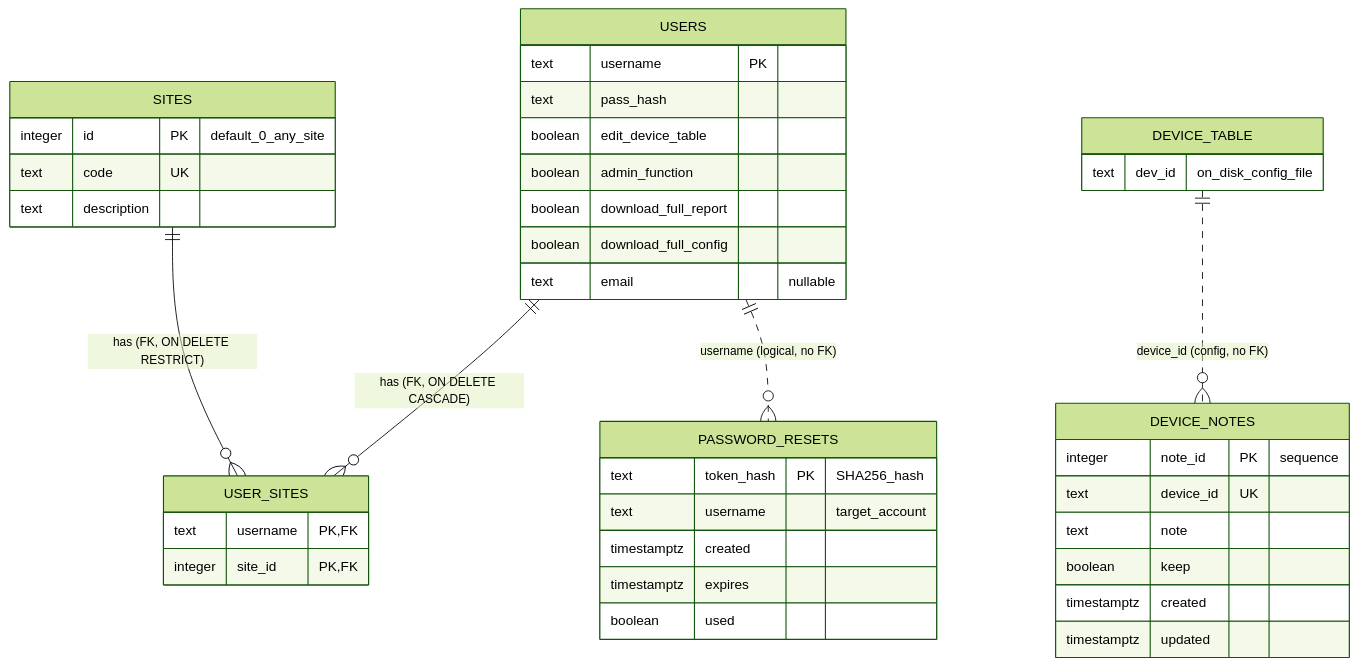
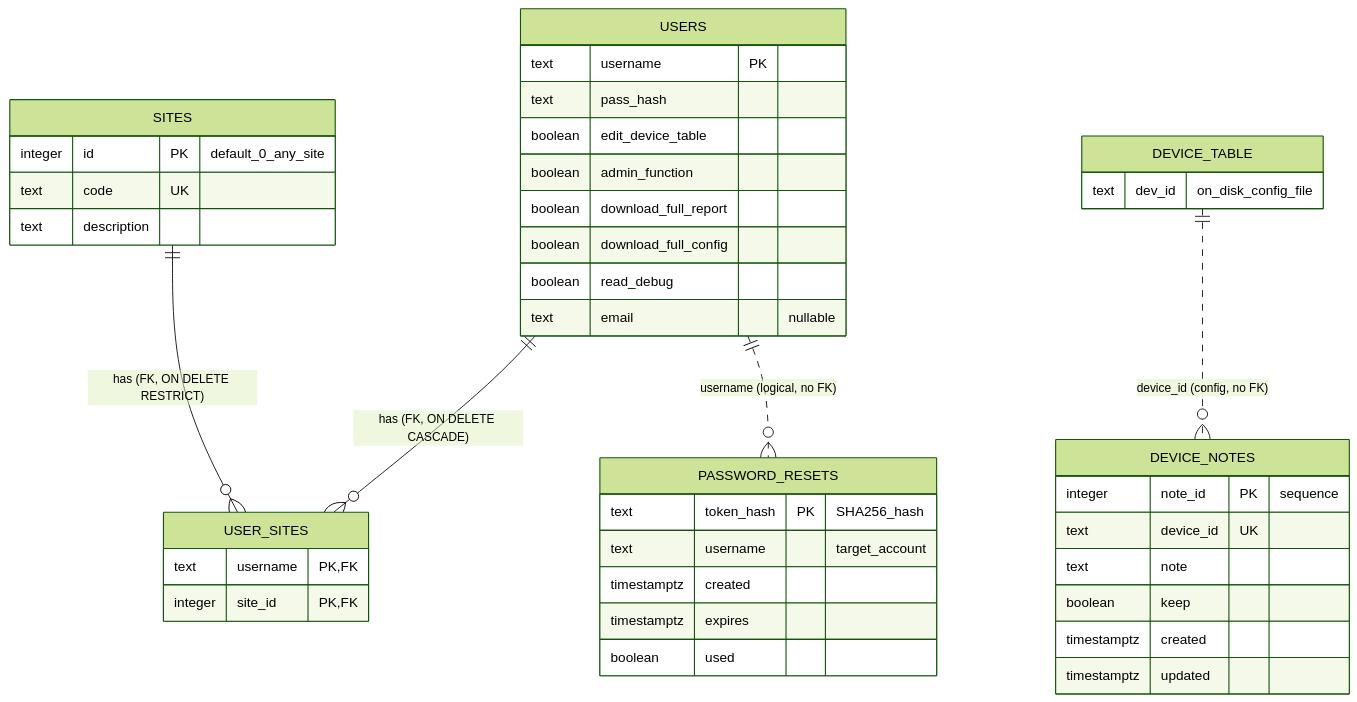
One commit to rainer-tammer/fetchconfig-web changed the second of 5 diagrams in DEVELOPER.md. Above: the diagram before and after it, drawn with Mermaid (forest theme). The commit also changed other lines of this file and 34 other files, not shown here.

````diff
--- a/DEVELOPER.md
+++ b/DEVELOPER.md
@@ -486,44 +489,45 @@
 ```mermaid
 erDiagram
     USERS            ||--o{ USER_SITES      : "has (FK, ON DELETE CASCADE)"
     SITES            ||--o{ USER_SITES      : "has (FK, ON DELETE RESTRICT)"
     USERS            ||..o{ PASSWORD_RESETS : "username (logical, no FK)"
     DEVICE_TABLE     ||..o{ DEVICE_NOTES    : "device_id (config, no FK)"
 
     USERS {
         text username PK
         text pass_hash
         boolean edit_device_table
         boolean admin_function
         boolean download_full_report
         boolean download_full_config
+        boolean read_debug
         text email "nullable"
     }
     SITES {
         integer id PK "default_0_any_site"
         text code UK
         text description
     }
     USER_SITES {
         text username PK,FK
         integer site_id PK,FK
     }
     PASSWORD_RESETS {
         text token_hash PK "SHA256_hash"
         text username "target_account"
         timestamptz created
         timestamptz expires
         boolean used
     }
     DEVICE_NOTES {
         integer note_id PK "sequence"
         text device_id UK
         text note
         boolean keep
         timestamptz created
         timestamptz updated
     }
     DEVICE_TABLE {
         text dev_id "on_disk_config_file"
     }
 ```
````
